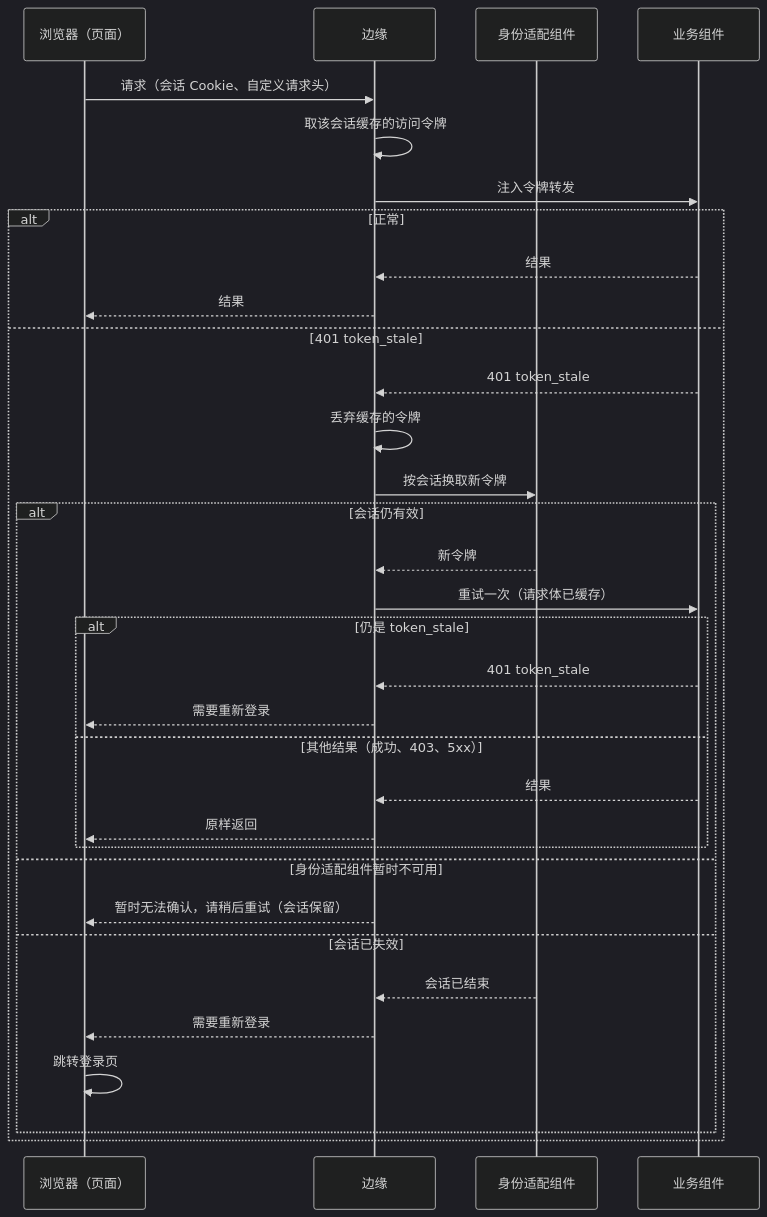
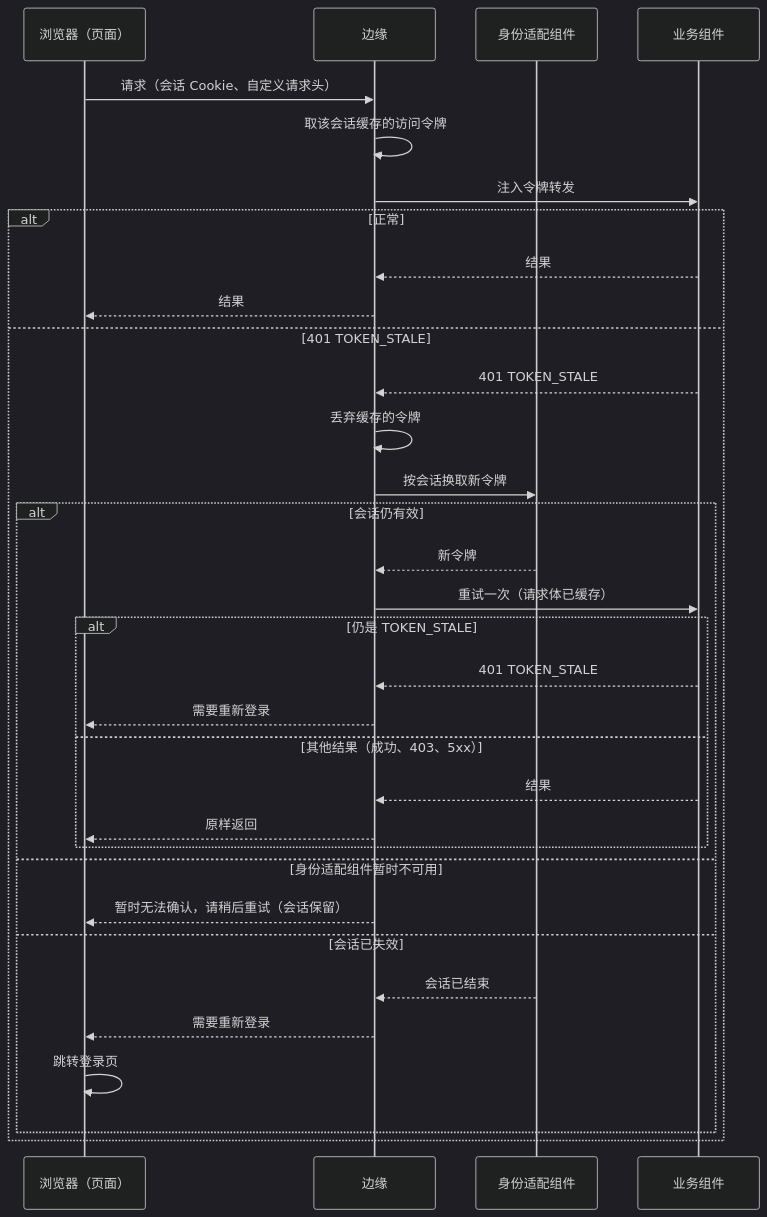
One commit to brickKit/be-assembly-standard changed the diagram in tempDocs/final/06-protocols/20-frontend.md. Above: the diagram before and after it, drawn with Mermaid (dark theme). The commit also changed other lines of this file and 11 other files, not shown here.

````diff
--- a/tempDocs/final/06-protocols/20-frontend.md
+++ b/tempDocs/final/06-protocols/20-frontend.md
@@ -71,35 +71,35 @@
 ```mermaid
 sequenceDiagram
     participant B as 浏览器（页面）
     participant E as 边缘
     participant I as 身份适配组件
     participant C as 业务组件
     B->>E: 请求（会话 Cookie、自定义请求头）
     E->>E: 取该会话缓存的访问令牌
     E->>C: 注入令牌转发
     alt 正常
         C-->>E: 结果
         E-->>B: 结果
-    else 401 token_stale
-        C-->>E: 401 token_stale
+    else 401 TOKEN_STALE
+        C-->>E: 401 TOKEN_STALE
         E->>E: 丢弃缓存的令牌
         E->>I: 按会话换取新令牌
         alt 会话仍有效
             I-->>E: 新令牌
             E->>C: 重试一次（请求体已缓存）
-            alt 仍是 token_stale
-                C-->>E: 401 token_stale
+            alt 仍是 TOKEN_STALE
+                C-->>E: 401 TOKEN_STALE
                 E-->>B: 需要重新登录
             else 其他结果（成功、403、5xx）
                 C-->>E: 结果
                 E-->>B: 原样返回
             end
         else 身份适配组件暂时不可用
             E-->>B: 暂时无法确认，请稍后重试（会话保留）
         else 会话已失效
             I-->>E: 会话已结束
             E-->>B: 需要重新登录
             B->>B: 跳转登录页
         end
     end
 ```
````
